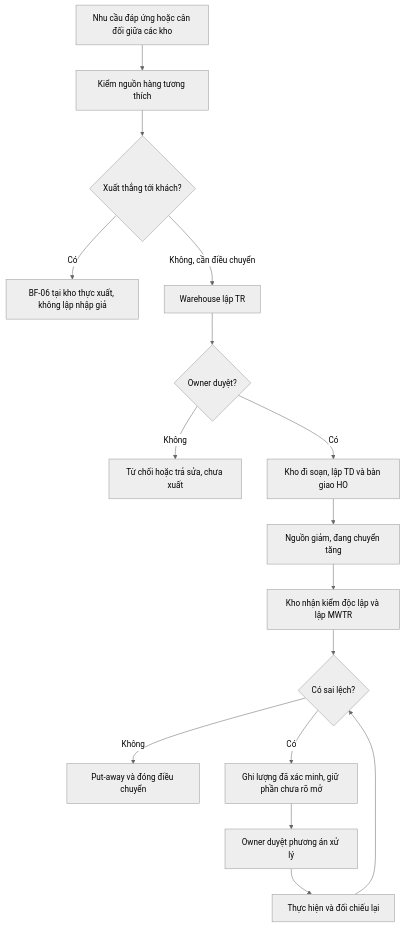
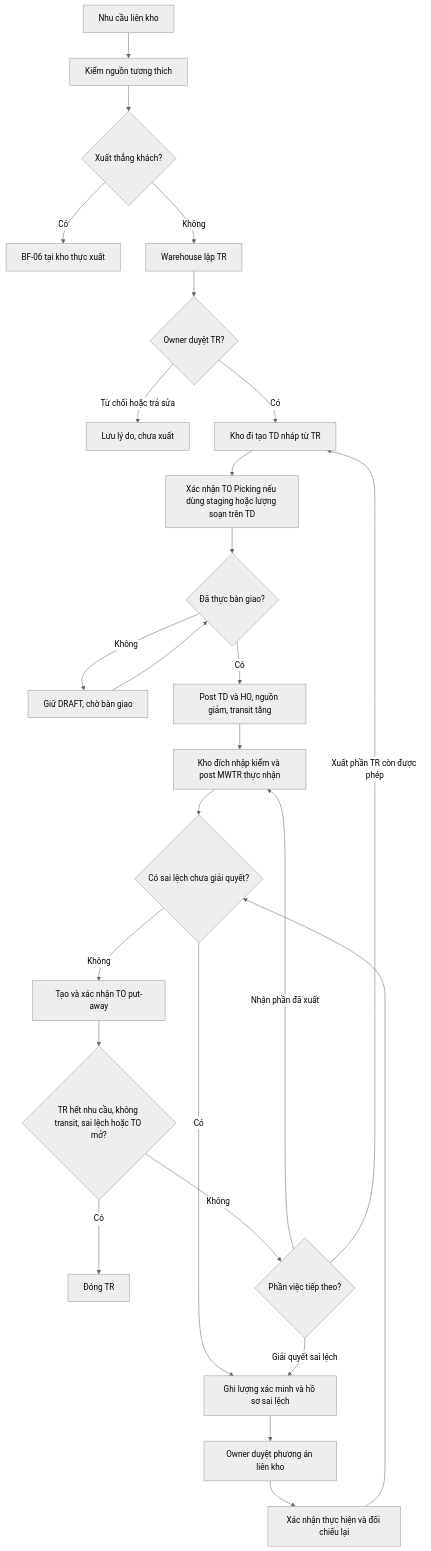
Before and after one commit to minhbach032003/docs_doan: the fifth of 9 diagrams in docs/02_nghiep_vu/de_xuat_quy_trinh_2_VI.md, drawn with Mermaid (neutral theme). The commit also changed other lines of this file and 3 other files, not shown here.

````diff
--- a/docs/02_nghiep_vu/de_xuat_quy_trinh_2_VI.md
+++ b/docs/02_nghiep_vu/de_xuat_quy_trinh_2_VI.md
@@ -711,18 +725,28 @@
 ```mermaid
 flowchart TD
- A[Nhu cầu đáp ứng hoặc cân đối giữa các kho] --> B[Kiểm nguồn hàng tương thích]
- B --> C{Xuất thẳng tới khách?}
- C -->|Có| D[BF-06 tại kho thực xuất, không lập nhập giả]
- C -->|Không, cần điều chuyển| E[Warehouse lập TR]
- E --> F{Owner duyệt?}
- F -->|Không| G[Từ chối hoặc trả sửa, chưa xuất]
- F -->|Có| H[Kho đi soạn, lập TD và bàn giao HO]
- H --> I[Nguồn giảm, đang chuyển tăng]
- I --> J[Kho nhận kiểm độc lập và lập MWTR]
- J --> K{Có sai lệch?}
- K -->|Không| L[Put-away và đóng điều chuyển]
- K -->|Có| M[Ghi lượng đã xác minh, giữ phần chưa rõ mở]
- M --> N[Owner duyệt phương án xử lý]
- N --> O[Thực hiện và đối chiếu lại]
+ A[Nhu cầu liên kho] --> B[Kiểm nguồn tương thích]
+ B --> C{Xuất thẳng khách?}
+ C -->|Có| D[BF-06 tại kho thực xuất]
+ C -->|Không| E[Warehouse lập TR]
+ E --> F{Owner duyệt TR?}
+ F -->|Từ chối hoặc trả sửa| G[Lưu lý do, chưa xuất]
+ F -->|Có| H[Kho đi tạo TD nháp từ TR]
+ H --> T[Xác nhận TO Picking nếu dùng staging hoặc lượng soạn trên TD]
+ T --> Q{Đã thực bàn giao?}
+ Q -->|Không| W[Giữ DRAFT, chờ bàn giao]
+ W --> Q
+ Q -->|Có| I[Post TD và HO, nguồn giảm, transit tăng]
+ I --> J[Kho đích nhập kiểm và post MWTR thực nhận]
+ J --> K{Có sai lệch chưa giải quyết?}
+ K -->|Có| M[Ghi lượng xác minh và hồ sơ sai lệch]
+ M --> N[Owner duyệt phương án liên kho]
+ N --> O[Xác nhận thực hiện và đối chiếu lại]
  O --> K
+ K -->|Không| L[Tạo và xác nhận TO put-away]
+ L --> R{TR hết nhu cầu, không transit, sai lệch hoặc TO mở?}
+ R -->|Có| Z[Đóng TR]
+ R -->|Không| P{Phần việc tiếp theo?}
+ P -->|Nhận phần đã xuất| J
+ P -->|Xuất phần TR còn được phép| H
+ P -->|Giải quyết sai lệch| M
 ```
````
